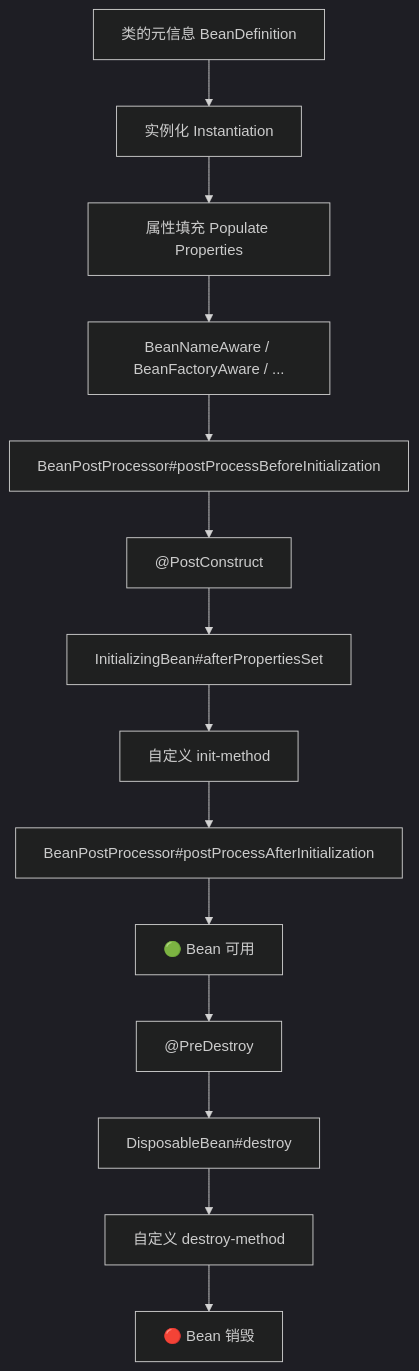
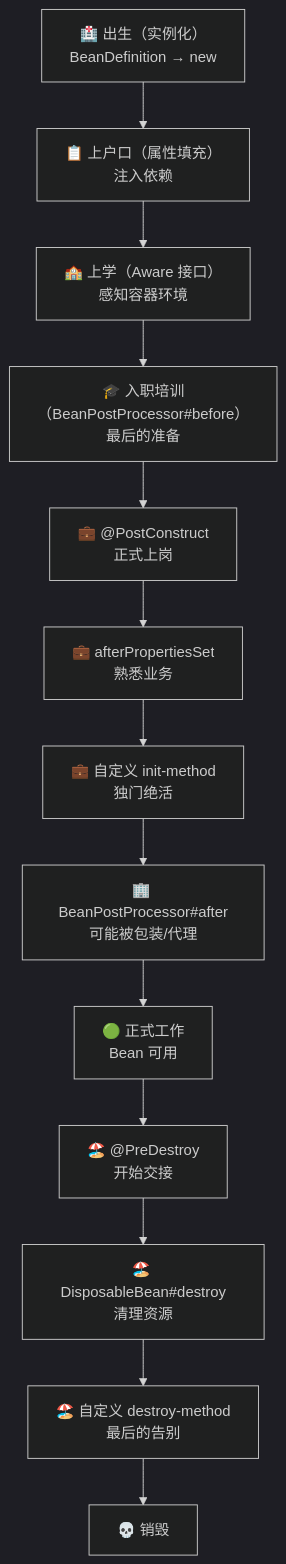
One commit to b1tzer/spring-world changed the first of 2 diagrams in docs/01-spring-core/chapter-02-bean-lifecycle.md. Above: the diagram before and after it, drawn with Mermaid (dark theme). The commit also changed other lines of this file and 3 other files, not shown here.

````diff
--- a/docs/01-spring-core/chapter-02-bean-lifecycle.md
+++ b/docs/01-spring-core/chapter-02-bean-lifecycle.md
@@ -11,16 +11,15 @@
 ```mermaid
 graph TD
-    A[类的元信息 BeanDefinition] --> B[实例化 Instantiation]
-    B --> C[属性填充 Populate Properties]
-    C --> D[BeanNameAware / BeanFactoryAware / ...]
-    D --> D2[BeanPostProcessor#postProcessBeforeInitialization]
-    D2 --> E["@PostConstruct"]
-    E --> F[InitializingBean#afterPropertiesSet]
-    F --> G[自定义 init-method]
-    G --> H[BeanPostProcessor#postProcessAfterInitialization]
-    H --> I[🟢 Bean 可用]
-    I --> J["@PreDestroy"]
-    J --> K[DisposableBean#destroy]
-    K --> L[自定义 destroy-method]
-    L --> M[🔴 Bean 销毁]
+    A["🏥 出生（实例化）<br/>BeanDefinition → new"] --> B["📋 上户口（属性填充）<br/>注入依赖"]
+    B --> C["🏫 上学（Aware 接口）<br/>感知容器环境"]
+    C --> D["🎓 入职培训（BeanPostProcessor#before）<br/>最后的准备"]
+    D --> E["💼 @PostConstruct<br/>正式上岗"]
+    E --> F["💼 afterPropertiesSet<br/>熟悉业务"]
+    F --> G["💼 自定义 init-method<br/>独门绝活"]
+    G --> H["🏢 BeanPostProcessor#after<br/>可能被包装/代理"]
+    H --> I["🟢 正式工作<br/>Bean 可用"]
+    I --> J["🏖️ @PreDestroy<br/>开始交接"]
+    J --> K["🏖️ DisposableBean#destroy<br/>清理资源"]
+    K --> L["🏖️ 自定义 destroy-method<br/>最后的告别"]
+    L --> M["💀 销毁"]
 ```
````
